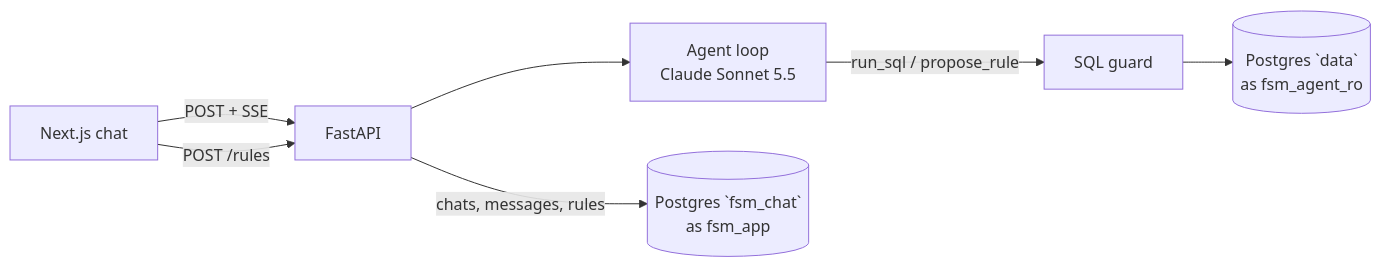
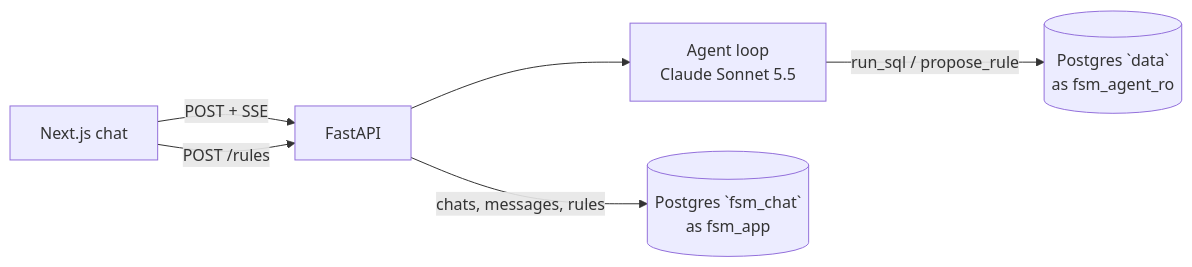
The diagram in README.md (slnali/fsmChatAgent), drawn with Mermaid before and after one commit. The commit also changed other lines of this file and 11 other files, not shown here.

````diff
--- a/README.md
+++ b/README.md
@@ -35,9 +35,8 @@
 ```mermaid
 flowchart LR
   UI[Next.js chat] -- POST + SSE --> API[FastAPI]
   API --> Agent[Agent loop<br/>Claude Sonnet 5.5]
-  Agent -- run_sql / propose_rule --> Guard[SQL guard]
-  Guard --> RO[(Postgres `data`<br/>as fsm_agent_ro)]
+  Agent -- run_sql / propose_rule --> RO[(Postgres `data`<br/>as fsm_agent_ro)]
   API -- chats, messages, rules --> App[(Postgres `fsm_chat`<br/>as fsm_app)]
   UI -- POST /rules --> API
 ```
````
